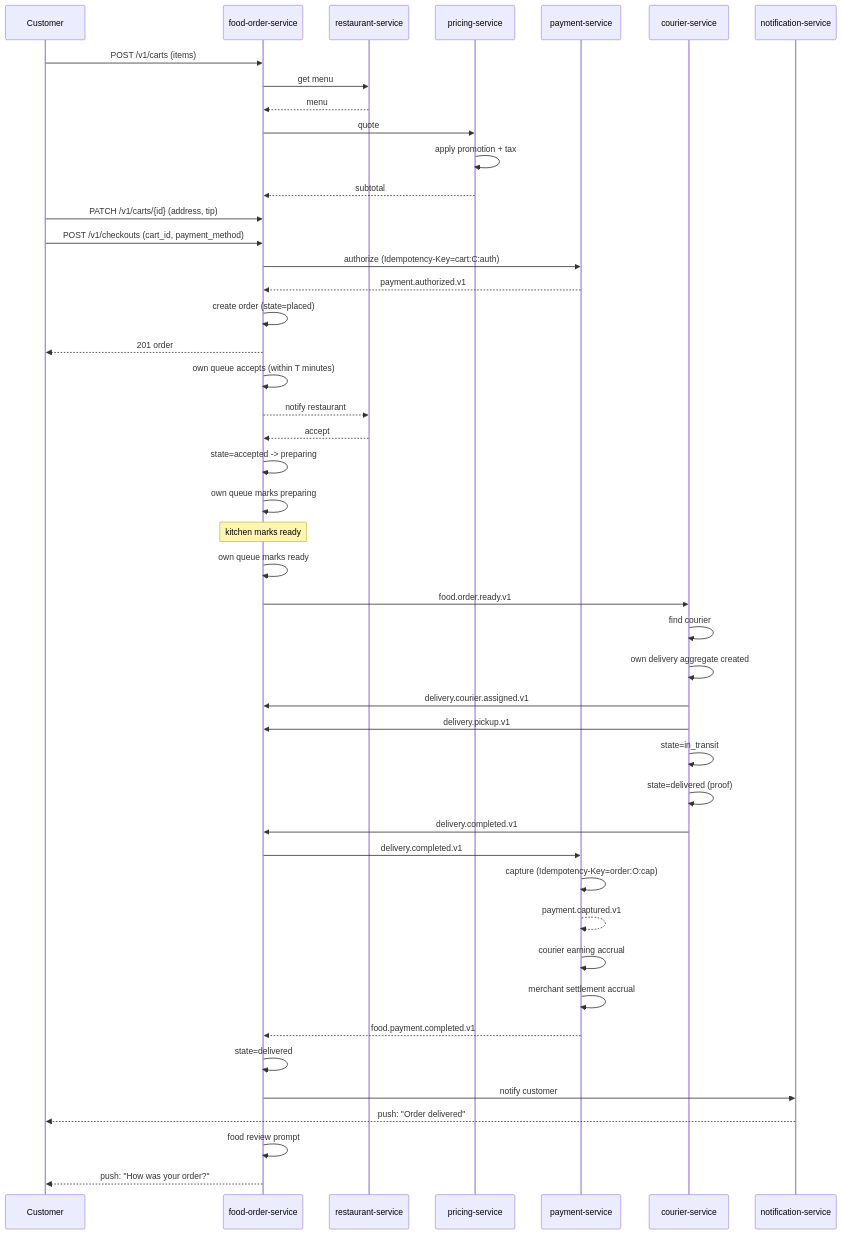
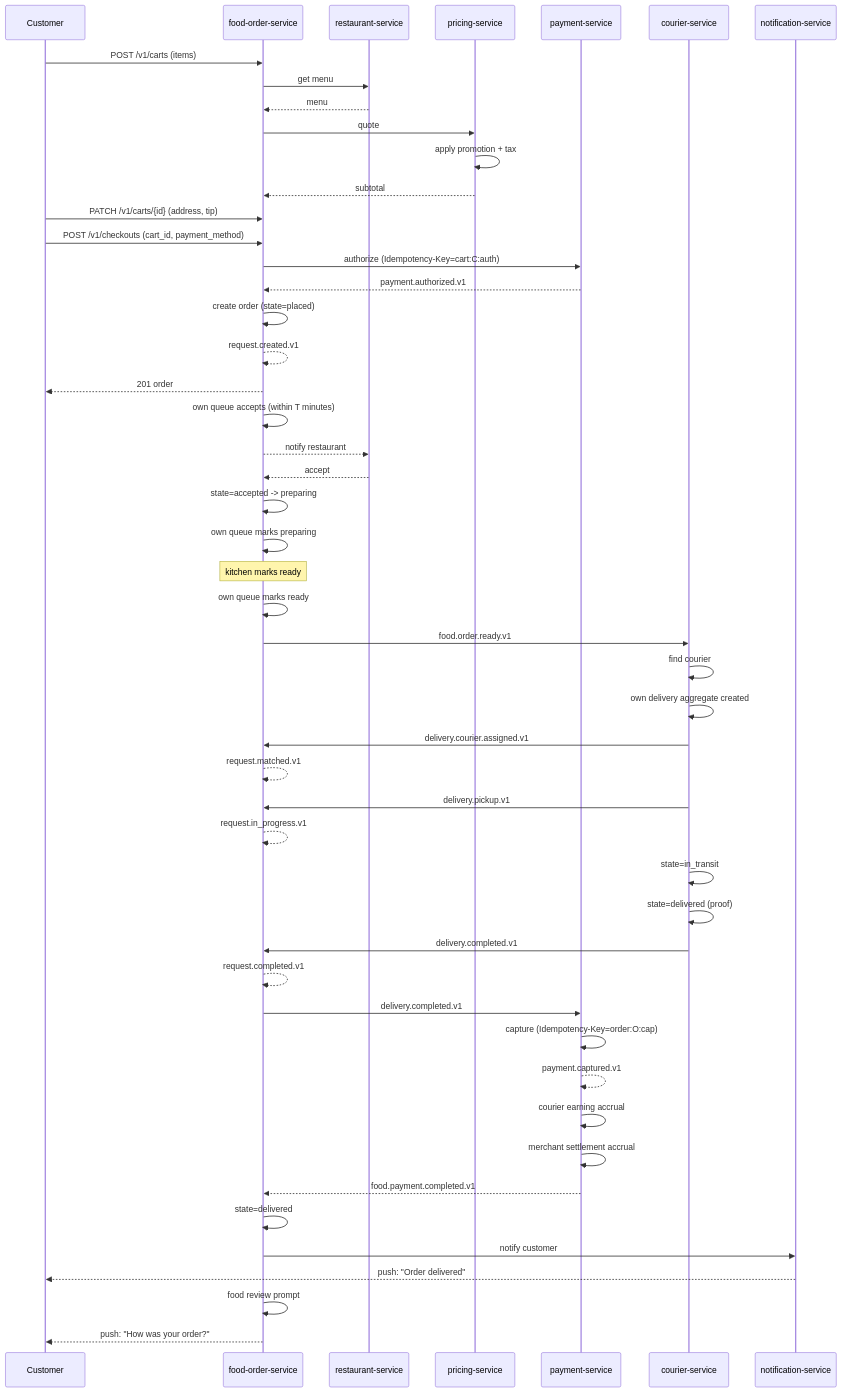
One commit to mohamedhabibwork/trips-enjoy-docs changed the second of 13 diagrams in docs/workflows/FOOD_ORDER_WORKFLOWS.md. Above: the diagram before and after it, drawn with Mermaid. The commit also changed other lines of this file and 201 other files, not shown here.

````diff
--- a/docs/workflows/FOOD_ORDER_WORKFLOWS.md
+++ b/docs/workflows/FOOD_ORDER_WORKFLOWS.md
@@ -26,49 +52,53 @@
 ```mermaid
 sequenceDiagram
     participant C as Customer
     participant FOR as food-order-service
     participant RES as restaurant-service
     participant PRC as pricing-service
     participant PAY as payment-service
     participant COS as courier-service
     participant NOT as notification-service
 
     C->>FOR: POST /v1/carts (items)
     FOR->>RES: get menu
     RES-->>FOR: menu
     FOR->>PRC: quote
     PRC->>PRC: apply promotion + tax
     PRC-->>FOR: subtotal
     C->>FOR: PATCH /v1/carts/{id} (address, tip)
     C->>FOR: POST /v1/checkouts (cart_id, payment_method)
     FOR->>PAY: authorize (Idempotency-Key=cart:C:auth)
     PAY-->>FOR: payment.authorized.v1
     FOR->>FOR: create order (state=placed)
+    FOR-->>FOR: request.created.v1
     FOR-->>C: 201 order
     FOR->>FOR: own queue accepts (within T minutes)
     FOR-->>RES: notify restaurant
     RES-->>FOR: accept
     FOR->>FOR: state=accepted -> preparing
     FOR->>FOR: own queue marks preparing
     Note over FOR: kitchen marks ready
     FOR->>FOR: own queue marks ready
     FOR->>COS: food.order.ready.v1
     COS->>COS: find courier
     COS->>COS: own delivery aggregate created
     COS->>FOR: delivery.courier.assigned.v1
+    FOR-->>FOR: request.matched.v1
     COS->>FOR: delivery.pickup.v1
+    FOR-->>FOR: request.in_progress.v1
     COS->>COS: state=in_transit
     COS->>COS: state=delivered (proof)
     COS->>FOR: delivery.completed.v1
+    FOR-->>FOR: request.completed.v1
     FOR->>PAY: delivery.completed.v1
     PAY->>PAY: capture (Idempotency-Key=order:O:cap)
     PAY-->>PAY: payment.captured.v1
     PAY->>PAY: courier earning accrual
     PAY->>PAY: merchant settlement accrual
     PAY-->>FOR: food.payment.completed.v1
     FOR->>FOR: state=delivered
     FOR->>NOT: notify customer
     NOT-->>C: push: "Order delivered"
     FOR->>FOR: food review prompt
     FOR-->>C: push: "How was your order?"
 ```
````
